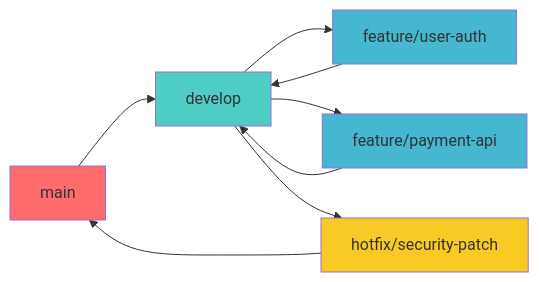
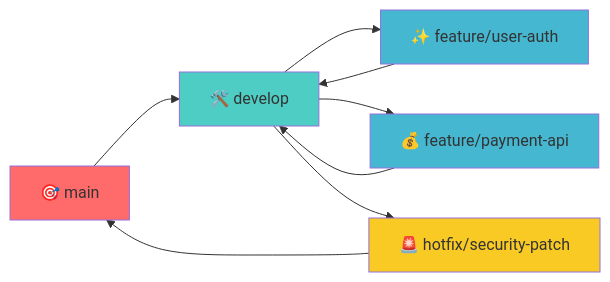
Before and after one commit to thetorangi/all-about-git: the second of 6 diagrams in README.md, drawn with Mermaid. The commit also changed other lines of this file, not shown here.

````diff
--- a/README.md
+++ b/README.md
@@ -166,17 +166,17 @@
 ```mermaid
 graph LR
-    A[main] --> B[develop]
-    B --> C[feature/user-auth]
-    B --> D[feature/payment-api]
-    B --> E[hotfix/security-patch]
+    A[🎯 main] --> B[🛠️ develop]
+    B --> C[✨ feature/user-auth]
+    B --> D[💰 feature/payment-api]
+    B --> E[🚨 hotfix/security-patch]
     
     C --> B
     D --> B
     E --> A
     
     style A fill:#ff6b6b
     style B fill:#4ecdc4
     style C fill:#45b7d1
     style D fill:#45b7d1
     style E fill:#f9ca24
 ```
````
